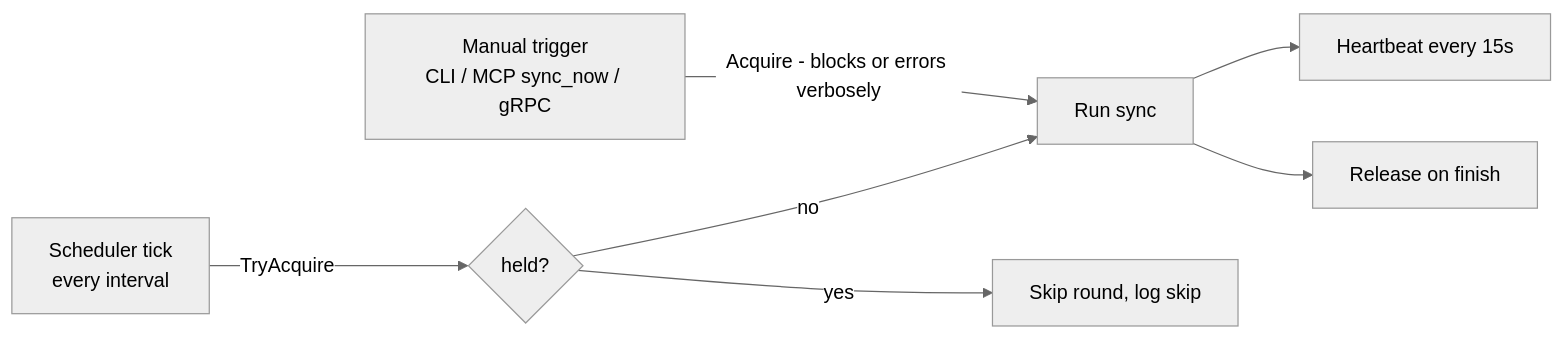
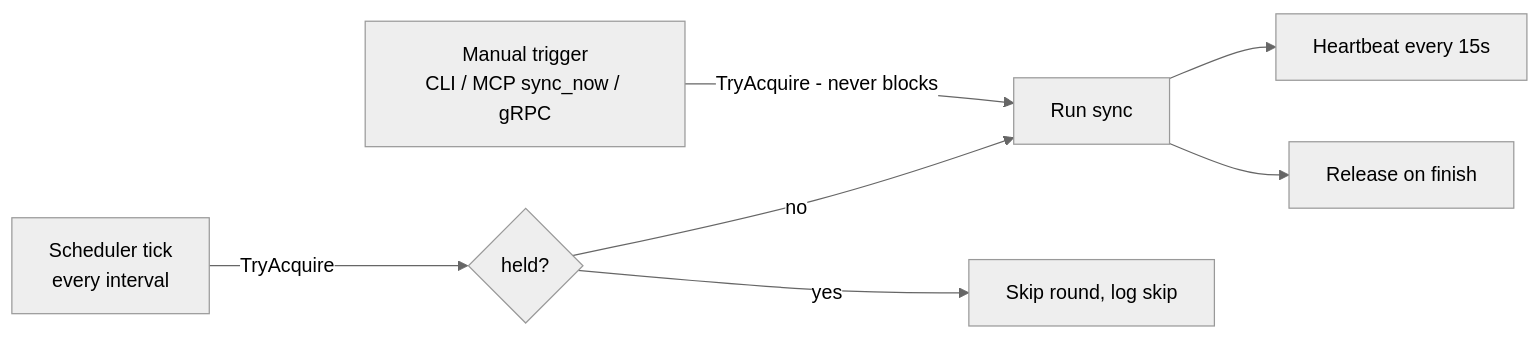
One commit to setthasit/Lore changed the diagram in docs/v3/04-connectors-and-sync.md. Above: the diagram before and after it, drawn with Mermaid (neutral theme). The commit also changed other lines of this file and 462 other files, not shown here.

First line of the commit message:
Refactor to plugin architecture (#33)

````diff
--- a/docs/v3/04-connectors-and-sync.md
+++ b/docs/v3/04-connectors-and-sync.md
@@ -168,9 +227,9 @@
 ```mermaid
 flowchart LR
-    MT[Manual trigger<br/>CLI / MCP sync_now / gRPC] -->|Acquire - blocks or errors verbosely| RUN[Run sync]
+    MT[Manual trigger<br/>CLI / MCP sync_now / gRPC] -->|TryAcquire - never blocks| RUN[Run sync]
     SCH[Scheduler tick<br/>every interval] -->|TryAcquire| HELD{held?}
     HELD -->|yes| SKIP[Skip round, log skip]
     HELD -->|no| RUN
     RUN --> HB[Heartbeat every 15s]
     RUN --> REL[Release on finish]
 ```
````
